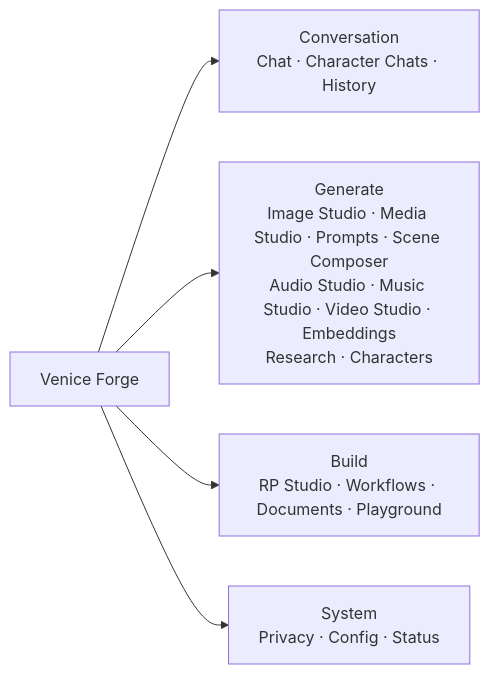
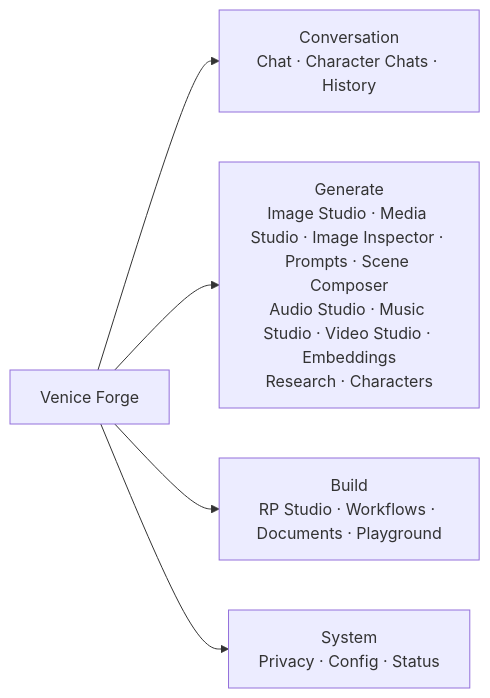
One commit to spearchucker667/Venice_Forge changed the diagram in README.md. Above: the diagram before and after it, drawn with Mermaid. The commit also changed other lines of this file and 13 other files, not shown here.

Commit message:
docs(image-inspector): document complete user workflow

````diff
--- a/README.md
+++ b/README.md
@@ -88,8 +89,8 @@
 ```mermaid
 flowchart LR
   VF["Venice Forge"]
   VF --> Conversation["Conversation<br/>Chat · Character Chats · History"]
-  VF --> Generate["Generate<br/>Image Studio · Media Studio · Prompts · Scene Composer<br/>Audio Studio · Music Studio · Video Studio · Embeddings<br/>Research · Characters"]
+  VF --> Generate["Generate<br/>Image Studio · Media Studio · Image Inspector · Prompts · Scene Composer<br/>Audio Studio · Music Studio · Video Studio · Embeddings<br/>Research · Characters"]
   VF --> Build["Build<br/>RP Studio · Workflows · Documents · Playground"]
   VF --> System["System<br/>Privacy · Config · Status"]
 ```
````
